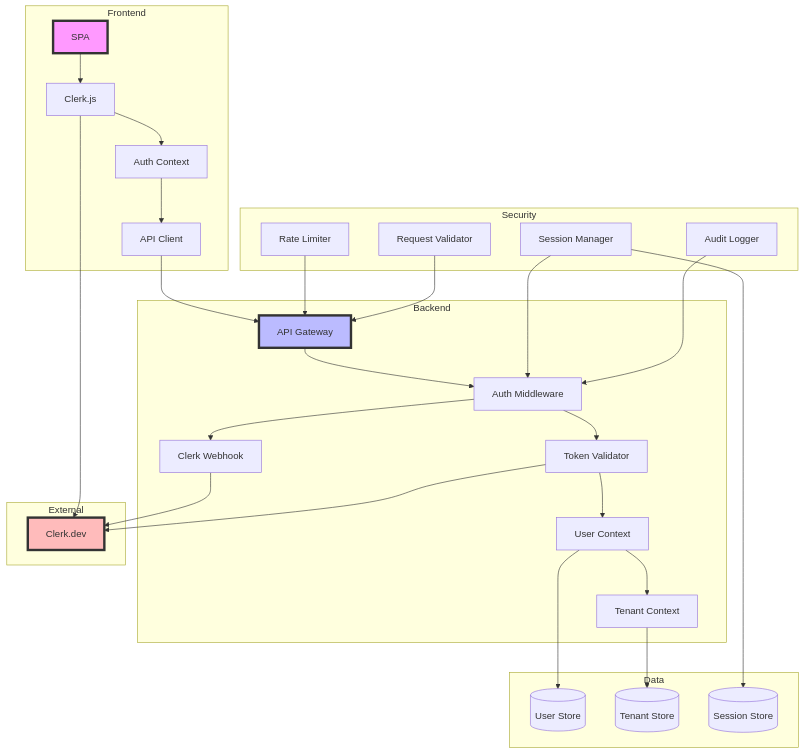
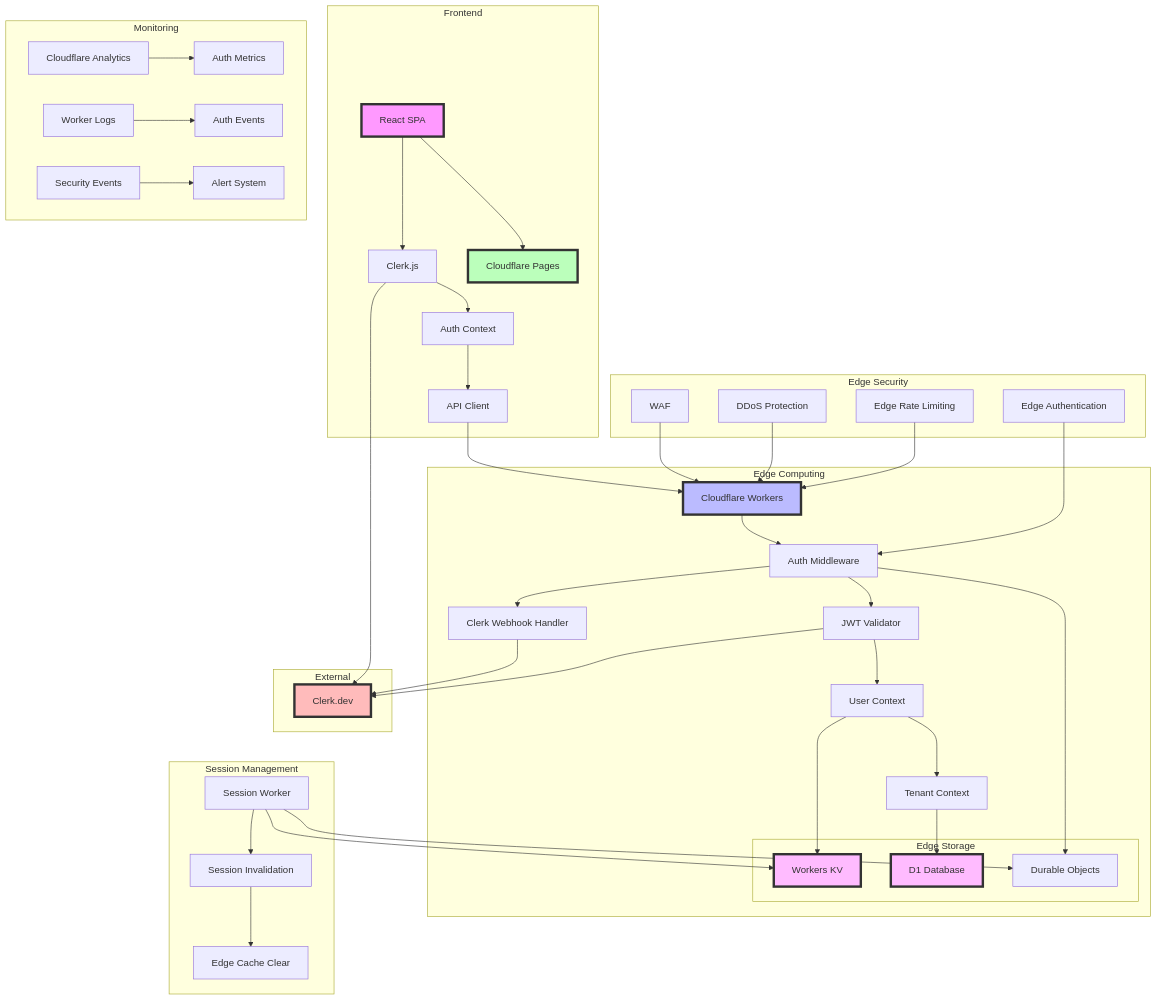
Before and after one commit to atEverychance/ProjectCR: the diagram in docs/diagrams/architecture/auth-architecture.mmd, drawn with Mermaid. The commit also changed 12 other files, not shown here.

Commit message:
Diagram updates

```diff
--- a/docs/diagrams/architecture/auth-architecture.mmd
+++ b/docs/diagrams/architecture/auth-architecture.mmd
@@ -1,38 +1,59 @@
 graph TD
     subgraph "Frontend"
-        A[SPA] --> B[Clerk.js]
+        A[React SPA] --> B[Clerk.js]
         B --> C[Auth Context]
         C --> D[API Client]
+        A --> Pages[Cloudflare Pages]
     end
     
-    subgraph "Backend"
-        D --> E[API Gateway]
+    subgraph "Edge Computing"
+        D --> E[Cloudflare Workers]
         E --> F[Auth Middleware]
-        F --> G[Clerk Webhook]
-        F --> H[Token Validator]
+        F --> G[Clerk Webhook Handler]
+        F --> H[JWT Validator]
         H --> I[User Context]
         I --> J[Tenant Context]
+        
+        subgraph "Edge Storage"
+            KV[Workers KV]
+            D1[D1 Database]
+            DO[Durable Objects]
+        end
+        
+        I --> KV
+        J --> D1
+        F --> DO
     end
     
-    subgraph "Security"
-        K[Rate Limiter] --> E
-        L[Request Validator] --> E
-        M[Session Manager] --> F
-        N[Audit Logger] --> F
+    subgraph "Edge Security"
+        K[WAF] --> E
+        L[DDoS Protection] --> E
+        M[Edge Rate Limiting] --> E
+        N[Edge Authentication] --> F
     end
     
     subgraph "External"
         B --> O[Clerk.dev]
         G --> O
         H --> O
     end
     
-    subgraph "Data"
-        I --> P[(User Store)]
-        J --> Q[(Tenant Store)]
-        M --> R[(Session Store)]
+    subgraph "Session Management"
+        P[Session Worker] --> KV
+        P --> DO
+        P --> Q[Session Invalidation]
+        Q --> R[Edge Cache Clear]
     end
     
+    subgraph "Monitoring"
+        S[Cloudflare Analytics] --> T[Auth Metrics]
+        U[Worker Logs] --> V[Auth Events]
+        W[Security Events] --> X[Alert System]
+    end
+
     style A fill:#f9f,stroke:#333,stroke-width:4px
     style E fill:#bbf,stroke:#333,stroke-width:4px
     style O fill:#fbb,stroke:#333,stroke-width:4px
+    style Pages fill:#bfb,stroke:#333,stroke-width:4px
+    style KV fill:#fbf,stroke:#333,stroke-width:4px
+    style D1 fill:#fbf,stroke:#333,stroke-width:4px
```
